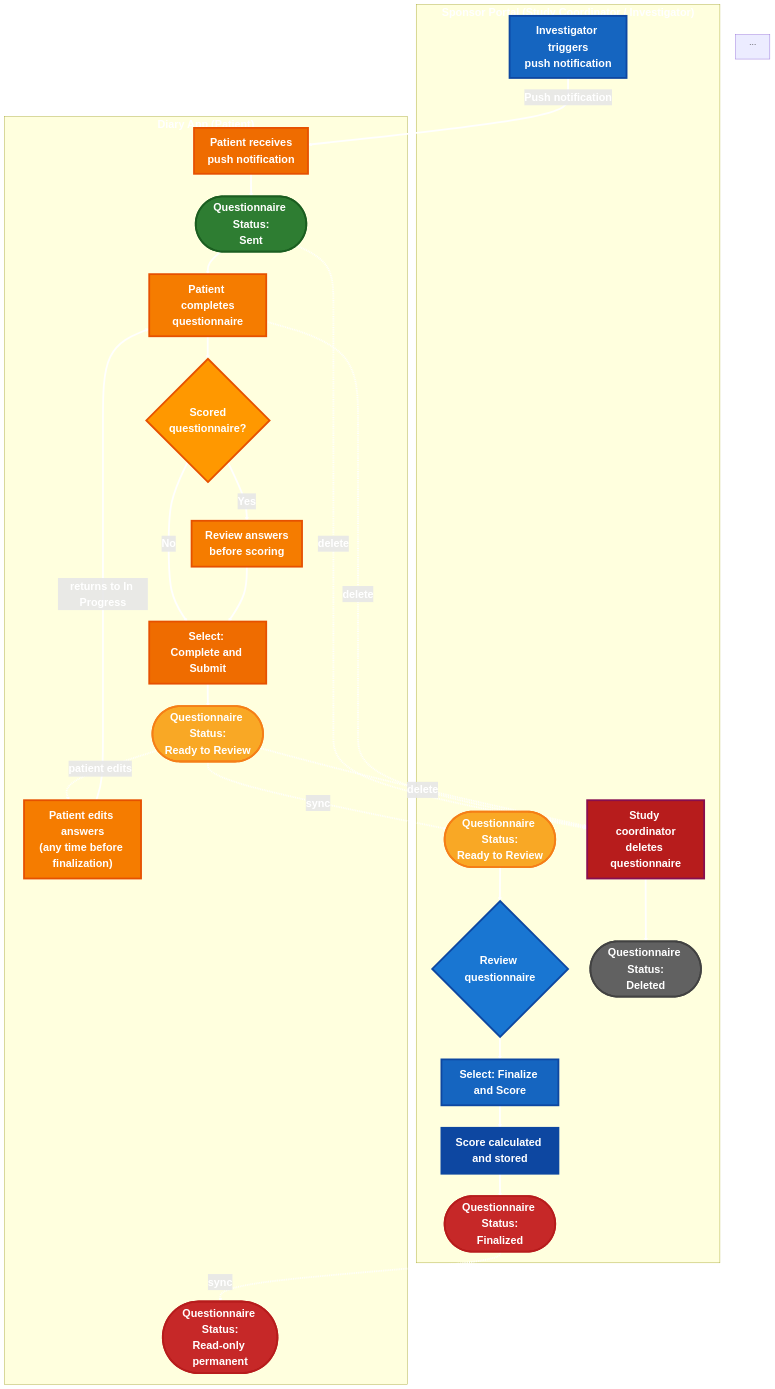
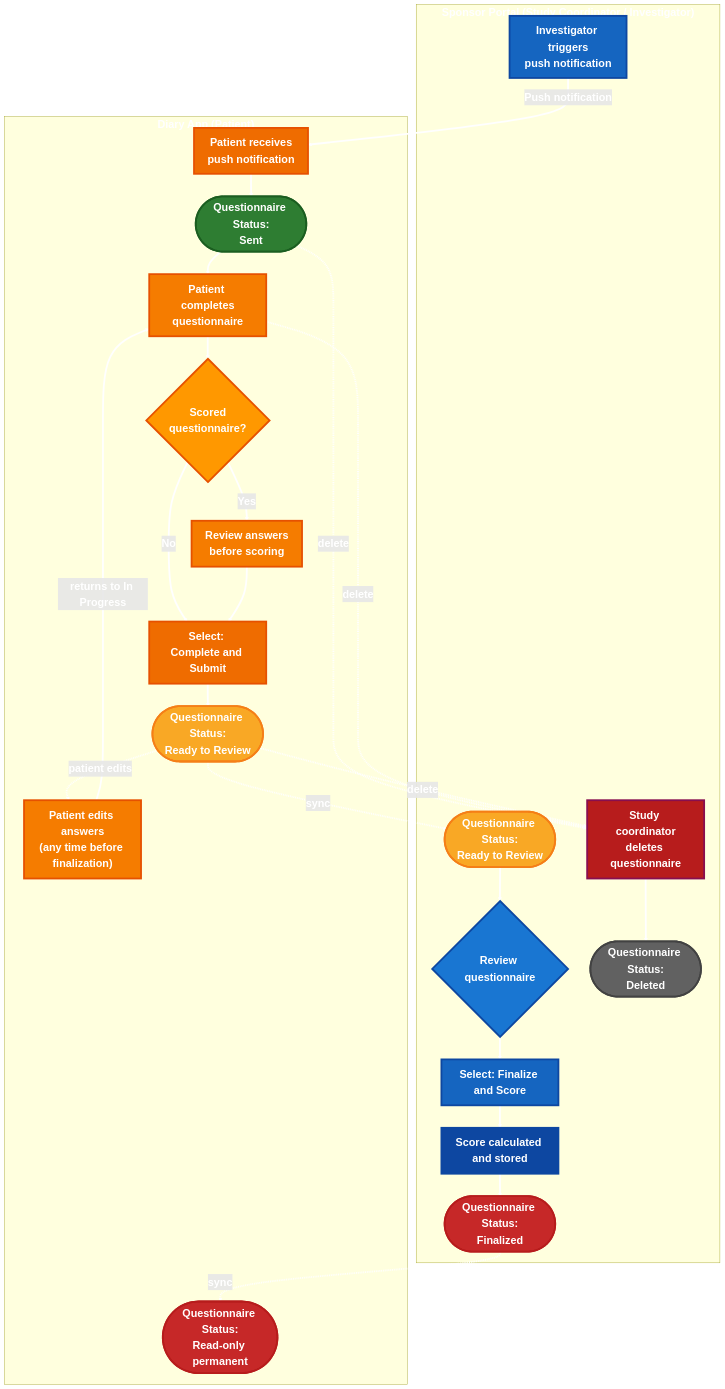
Before and after one commit to Cure-HHT/hht_diary: the diagram in spec/images/questionnaire-approval-workflow.mmd, drawn with Mermaid. The commit also changed 2 other files, not shown here.

Commit message:
[CUR-971] Regenerate PNG state diagrams from updated MMD sources
Fix trailing markdown backticks in approval-workflow.mmd and regenerate
both PNG diagrams to match the updated Mermaid source files.

Implements: REQ-p01064

````diff
--- a/spec/images/questionnaire-approval-workflow.mmd
+++ b/spec/images/questionnaire-approval-workflow.mmd
@@ -1,78 +1,77 @@
 %%{init: {'flowchart': {'htmlLabels': true, 'arrowMarkerAbsolute': true}, 'flowchart': {'nodeSpacing': 50, 'rankSpacing': 50}}}%%
     flowchart TD
     subgraph Portal ["<b style='font-size:18pt; color:white'>Sponsor Portal (Study Coordinator / Investigator)</b>"]
         A["<b style='font-size:18pt; color:white'>Investigator triggers<br/>push notification</b>"]
         P_S2(["<b style='font-size:18pt; color:white'>Questionnaire Status:<br/>Ready to Review</b>"])
         G{"<b style='font-size:18pt; color:white'>Review questionnaire</b>"}
         H["<b style='font-size:18pt; color:white'>Select: Finalize and Score</b>"]
         J["<b style='font-size:18pt; color:white'>Score calculated and stored</b>"]
         P_S3(["<b style='font-size:18pt; color:white'>Questionnaire Status:<br/>Finalized</b>"])
         DEL["<b style='font-size:18pt; color:white'>Study coordinator<br/>deletes questionnaire</b>"]
         P_DEL(["<b style='font-size:18pt; color:white'>Questionnaire Status:<br/>Deleted</b>"])
     end
 
     subgraph Diary ["<b style='font-size:18pt; color:white'>Diary App (Patient)</b>"]
         B["<b style='font-size:18pt; color:white'>Patient receives<br/>push notification</b>"]
         D_S1(["<b style='font-size:18pt; color:white'>Questionnaire Status:<br/>Sent</b>"])
         C["<b style='font-size:18pt; color:white'>Patient completes<br/>questionnaire</b>"]
         D{"<b style='font-size:18pt; color:white'>Scored<br/>questionnaire?</b>"}
         E["<b style='font-size:18pt; color:white'>Review answers<br/>before scoring</b>"]
         F["<b style='font-size:18pt; color:white'>Select: Complete and Submit</b>"]
         D_S2(["<b style='font-size:18pt; color:white'>Questionnaire Status:<br/>Ready to Review</b>"])
         EDIT["<b style='font-size:18pt; color:white'>Patient edits answers<br/>(any time before finalization)</b>"]
         D_S3(["<b style='font-size:18pt; color:white'>Questionnaire Status:<br/>Read-only permanent</b>"])
     end
 
     A ==>|<b style='font-size:18pt; color:white; background:none'>Push notification</b>| B
     B ==> D_S1
     D_S1 ==> C
     C ==> D
     D ==>|<b style='font-size:18pt; color:white; background:none'>Yes</b>| E
     D ==>|<b style='font-size:18pt; color:white; background:none'>No</b>| F
     E ==> F
     F ==> D_S2
     D_S2 -.->|<b style='font-size:18pt; color:white; background:none'>sync</b>| P_S2
     P_S2 ==> G
     G ==> H
     H ==> J
     J ==> P_S3
     P_S3 -.->|<b style='font-size:18pt; color:white; background:none'>sync</b>| D_S3
 
     %% Patient can edit at any time before finalization
     D_S2 -.->|<b style='font-size:18pt; color:white; background:none'>patient edits</b>| EDIT
     EDIT ==>|<b style='font-size:18pt; color:white; background:none'>returns to In Progress</b>| C
 
     %% Delete available from Sent, In Progress, Ready to Review
     D_S1 -.->|<b style='font-size:18pt; color:white; background:none'>delete</b>| DEL
     C -.->|<b style='font-size:18pt; color:white; background:none'>delete</b>| DEL
     D_S2 -.->|<b style='font-size:18pt; color:white; background:none'>delete</b>| DEL
     DEL ==> P_DEL
 
     %% Portal nodes - blue theme
     style A fill:#1565c0,color:#ffffff,stroke:#0d47a1,stroke-width:4px
     style G fill:#1976d2,color:#ffffff,stroke:#0d47a1,stroke-width:4px
     style H fill:#1565c0,color:#ffffff,stroke:#0d47a1,stroke-width:4px
     style J fill:#0d47a1,color:#ffffff,stroke:#0d47a1,stroke-width:4px
     style DEL fill:#b71c1c,color:#ffffff,stroke:#880e4f,stroke-width:4px
 
     %% Diary nodes - orange theme
     style B fill:#ef6c00,color:#ffffff,stroke:#e65100,stroke-width:4px
     style C fill:#f57c00,color:#ffffff,stroke:#e65100,stroke-width:4px
     style D fill:#ff9800,color:#000000,stroke:#e65100,stroke-width:4px
     style E fill:#f57c00,color:#ffffff,stroke:#e65100,stroke-width:4px
     style F fill:#ef6c00,color:#ffffff,stroke:#e65100,stroke-width:4px
     style EDIT fill:#f57c00,color:#ffffff,stroke:#e65100,stroke-width:4px
 
     %% Status nodes - Diary side
     style D_S1 fill:#2e7d32,color:#ffffff,stroke:#1b5e20,stroke-width:4px
     style D_S2 fill:#f9a825,color:#000000,stroke:#f57f17,stroke-width:4px
     style D_S3 fill:#c62828,color:#ffffff,stroke:#b71c1c,stroke-width:4px
 
     %% Status nodes - Portal side
     style P_S2 fill:#f9a825,color:#000000,stroke:#f57f17,stroke-width:4px
     style P_S3 fill:#c62828,color:#ffffff,stroke:#b71c1c,stroke-width:4px
     style P_DEL fill:#616161,color:#ffffff,stroke:#424242,stroke-width:4px
 
     %% Make all arrow heads bigger by increasing stroke width
     linkStyle default stroke:#ffffff,stroke-width:4px
-```
````
